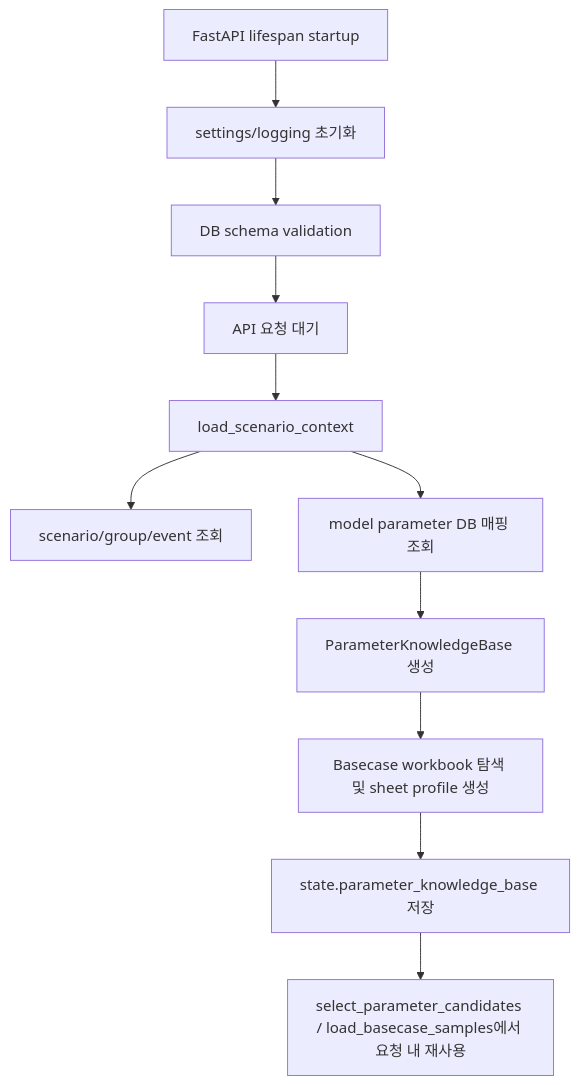
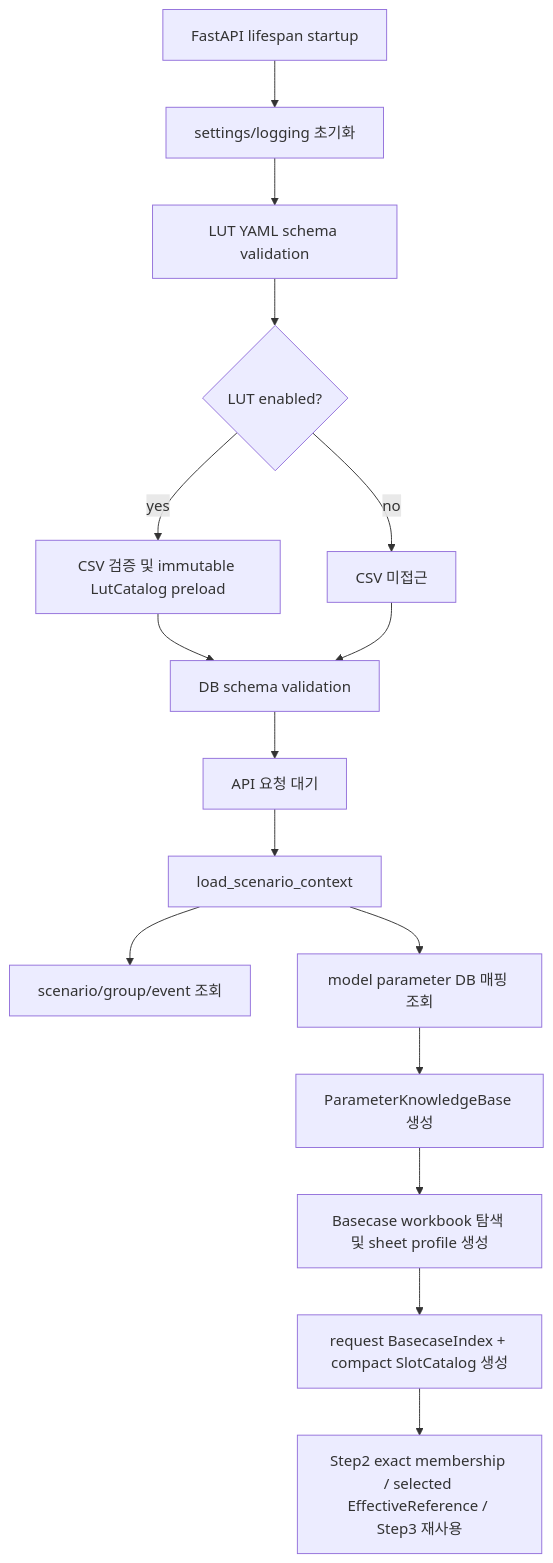
The second of 2 diagrams in apps/agents/model_parameter_agent/docs/MODEL_PARAMETER_AGENT_FLOW.md (enkhbaatarL/skmip-mi-agent), drawn with Mermaid before and after one commit. The commit also changed other lines of this file and 10 other files, not shown here.

Commit message:
feat(model-parameter): integrate exact LUT proposal pipeline

````diff
--- a/apps/agents/model_parameter_agent/docs/MODEL_PARAMETER_AGENT_FLOW.md
+++ b/apps/agents/model_parameter_agent/docs/MODEL_PARAMETER_AGENT_FLOW.md
@@ -54,13 +63,18 @@
 ```mermaid
 flowchart TD
     A[FastAPI lifespan startup] --> B[settings/logging 초기화]
-    B --> C[DB schema validation]
-    C --> D[API 요청 대기]
-    D --> E[load_scenario_context]
+    B --> C[LUT YAML schema validation]
+    C --> C1{LUT enabled?}
+    C1 -->|yes| C2[CSV 검증 및 immutable LutCatalog preload]
+    C1 -->|no| C3[CSV 미접근]
+    C2 --> D[DB schema validation]
+    C3 --> D
+    D --> E0[API 요청 대기]
+    E0 --> E[load_scenario_context]
     E --> F[scenario/group/event 조회]
     E --> G[model parameter DB 매핑 조회]
     G --> H[ParameterKnowledgeBase 생성]
     H --> I[Basecase workbook 탐색 및 sheet profile 생성]
-    I --> J[state.parameter_knowledge_base 저장]
-    J --> K[select_parameter_candidates / load_basecase_samples에서 요청 내 재사용]
+    I --> J[request BasecaseIndex + compact SlotCatalog 생성]
+    J --> K[Step2 exact membership / selected EffectiveReference / Step3 재사용]
 ```
````
